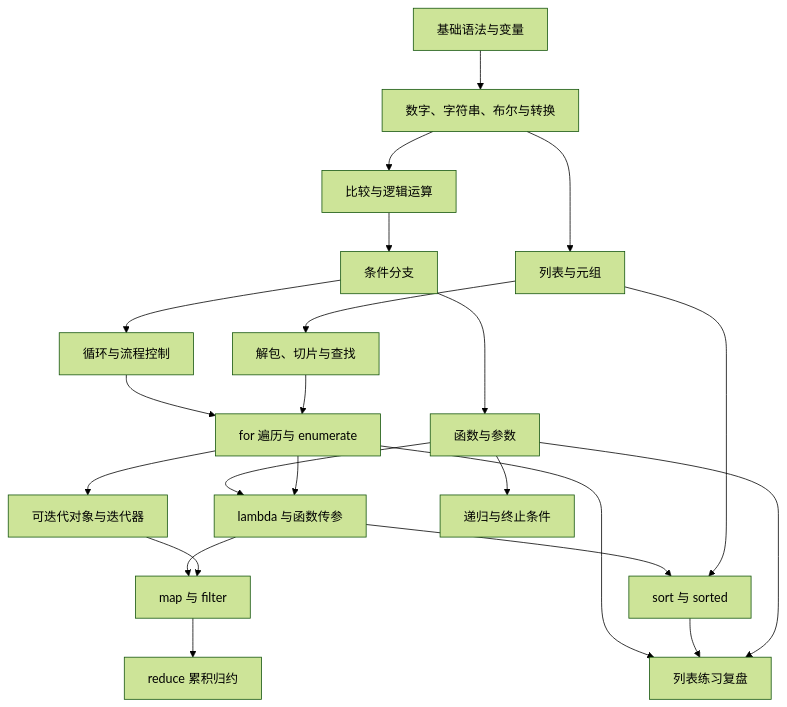
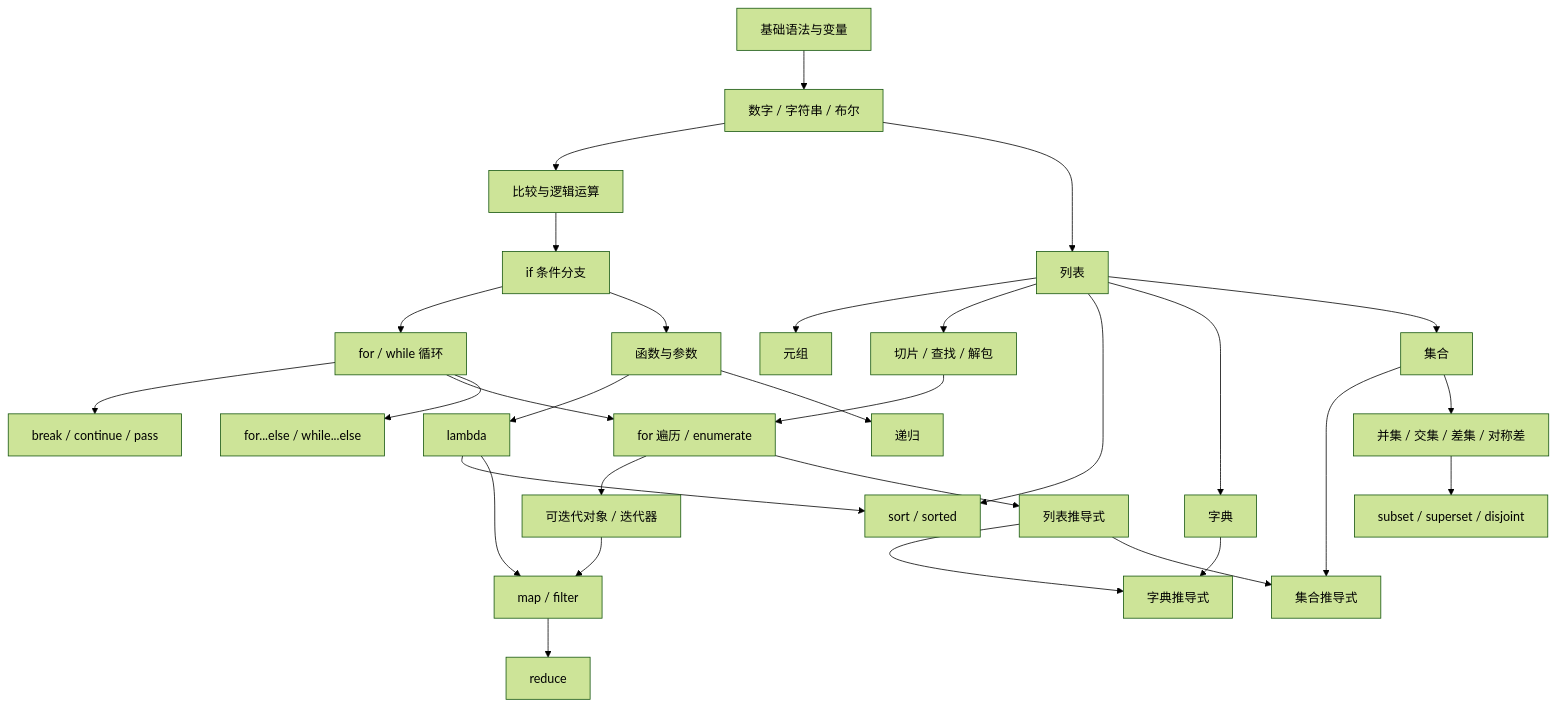
Before and after one commit to sakura1tap-afk/ailearn: the diagram in 01 Python知识图谱.md, drawn with Mermaid (forest theme). The commit also changed other lines of this file, not shown here.

Commit message:
docs: extend Python knowledge graph through dict and set

````diff
--- a/01 Python知识图谱.md
+++ b/01 Python知识图谱.md
@@ -10,24 +12,38 @@
 ```mermaid
 flowchart TD
-    A[基础语法与变量] --> B[数字、字符串、布尔与转换]
+    A[基础语法与变量] --> B[数字 / 字符串 / 布尔]
     B --> C[比较与逻辑运算]
-    C --> D[条件分支]
-    D --> E[循环与流程控制]
-    D --> F[函数与参数]
-    B --> G[列表与元组]
-    G --> H[解包、切片与查找]
-    E --> I[for 遍历与 enumerate]
-    H --> I
-    I --> J[可迭代对象与迭代器]
-    F --> K[lambda 与函数传参]
-    I --> K
-    K --> L[sort 与 sorted]
-    G --> L
-    K --> M[map 与 filter]
-    J --> M
-    M --> N[reduce 累积归约]
-    F --> O[递归与终止条件]
-    I --> P[列表练习复盘]
-    L --> P
-    F --> P
+    C --> D[if 条件分支]
+    D --> E[for / while 循环]
+    E --> F[break / continue / pass]
+
+    D --> G[函数与参数]
+    G --> H[lambda]
+    G --> I[递归]
+
+    B --> J[列表]
+    J --> K[元组]
+    J --> L[切片 / 查找 / 解包]
+    E --> M[for 遍历 / enumerate]
+    L --> M
+    M --> N[可迭代对象 / 迭代器]
+
+    H --> O[sort / sorted]
+    J --> O
+    H --> P[map / filter]
+    N --> P
+    P --> Q[reduce]
+    M --> R[列表推导式]
+
+    J --> S[字典]
+    R --> T[字典推导式]
+    S --> T
+
+    J --> U[集合]
+    R --> V[集合推导式]
+    U --> V
+    U --> W[并集 / 交集 / 差集 / 对称差]
+    W --> X[subset / superset / disjoint]
+
+    E --> Y[for...else / while...else]
 ```
````
